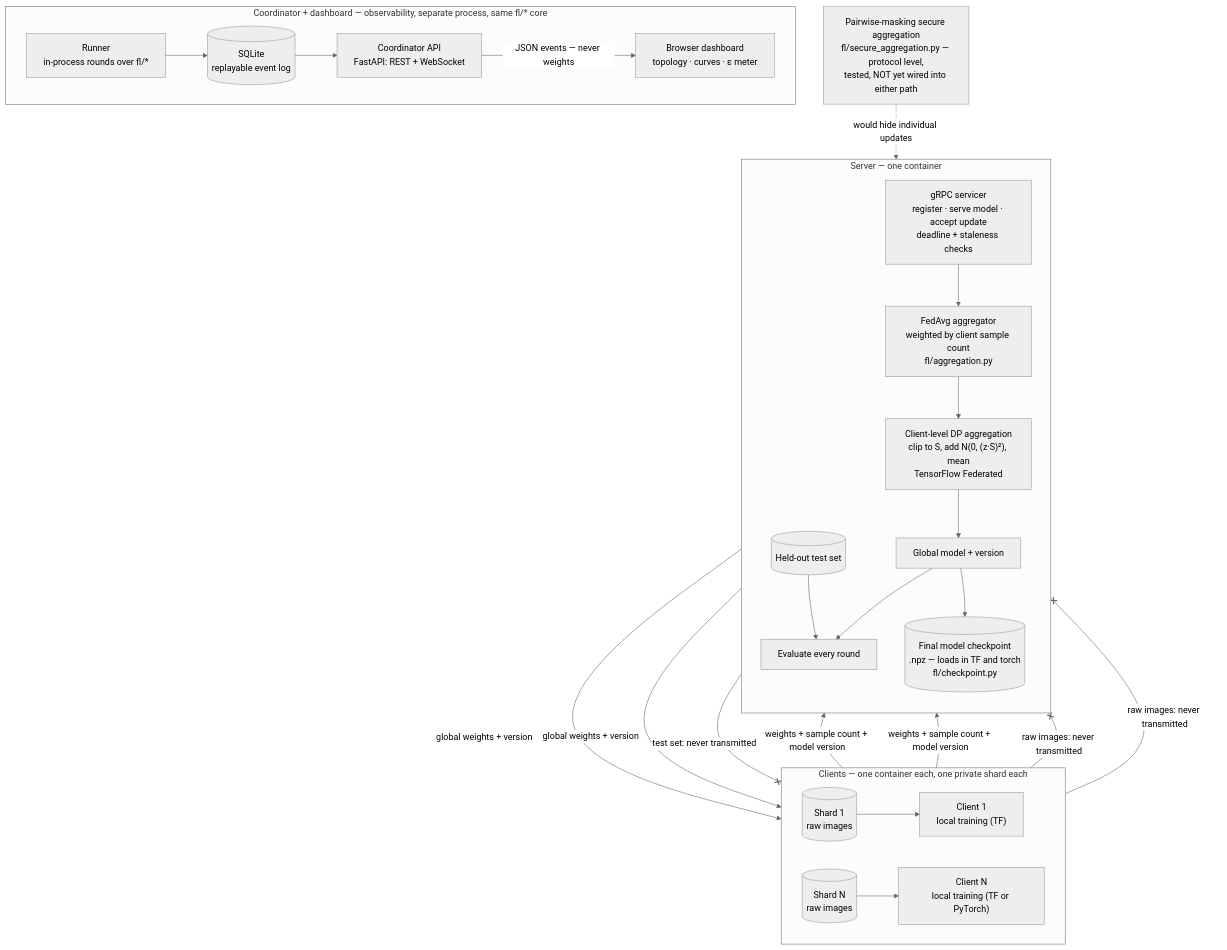
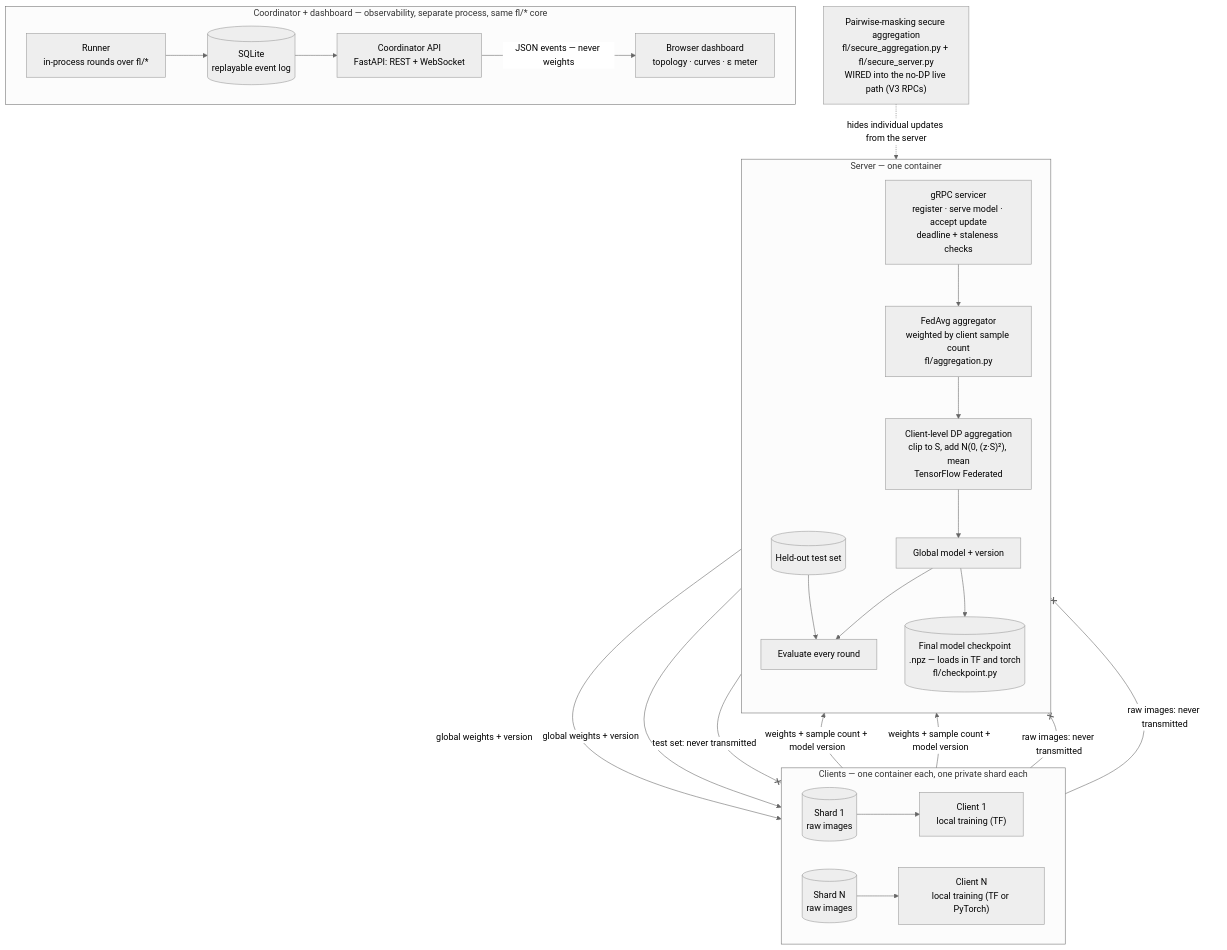
One commit to shAsh-cy/distributed-federated-framework-model-pt2 changed the diagram in README.md. Above: the diagram before and after it, drawn with Mermaid (neutral theme). The commit also changed other lines of this file and 4 other files, not shown here.

````diff
--- a/README.md
+++ b/README.md
@@ -71,51 +71,51 @@
 ```mermaid
 flowchart TB
     subgraph clients["Clients — one container each, one private shard each"]
         direction LR
         D1[("Shard 1<br/>raw images")]
         C1["Client 1<br/>local training (TF)"]
         DN[("Shard N<br/>raw images")]
         CN["Client N<br/>local training (TF or PyTorch)"]
         D1 --> C1
         DN --> CN
     end
 
     subgraph server["Server — one container"]
         direction TB
         RX["gRPC servicer<br/>register · serve model · accept update<br/>deadline + staleness checks"]
         AGG["FedAvg aggregator<br/>weighted by client sample count<br/>fl/aggregation.py"]
         DP["Client-level DP aggregation<br/>clip to S, add N(0, (z·S)²), mean<br/>TensorFlow Federated"]
         GM["Global model + version"]
         TEST[("Held-out test set")]
         EV["Evaluate every round"]
         RX --> AGG
         AGG --> DP
         DP --> GM
         GM --> EV
         TEST --> EV
         GM --> CKPT[("Final model checkpoint<br/>.npz — loads in TF and torch<br/>fl/checkpoint.py")]
     end
 
     subgraph obs["Coordinator + dashboard — observability, separate process, same fl/* core"]
         direction LR
         RN["Runner<br/>in-process rounds over fl/*"]
         DB[("SQLite<br/>replayable event log")]
         API["Coordinator API<br/>FastAPI: REST + WebSocket"]
         UI["Browser dashboard<br/>topology · curves · ε meter"]
         RN --> DB
         DB --> API
         API -->|"JSON events — never weights"| UI
     end
 
-    SEC["Pairwise-masking secure aggregation<br/>fl/secure_aggregation.py — protocol level,<br/>tested, NOT yet wired into either path"]
-    SEC -.->|"would hide individual updates"| AGG
+    SEC["Pairwise-masking secure aggregation<br/>fl/secure_aggregation.py + fl/secure_server.py<br/>WIRED into the no-DP live path (V3 RPCs)"]
+    SEC -.->|"hides individual updates from the server"| AGG
 
     C1 -->|"weights + sample count + model version"| RX
     CN -->|"weights + sample count + model version"| RX
     GM -->|"global weights + version"| C1
     GM -->|"global weights + version"| CN
 
     D1 --x|"raw images: never transmitted"| server
     DN --x|"raw images: never transmitted"| server
     TEST --x|"test set: never transmitted"| clients
 ```
````
